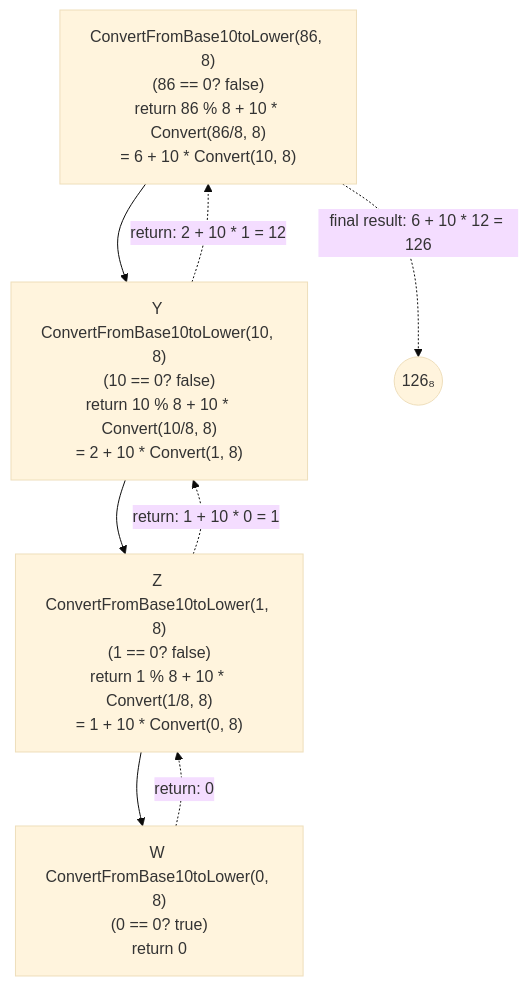
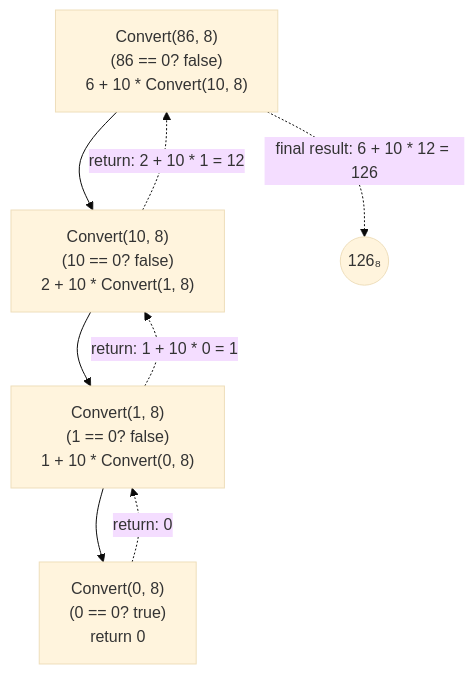
Before and after one commit to 3strategy/BeautifulMivney: the first of 3 diagrams in mivney/1recursionAndComplexity/Chapter1b.BaseConversions.md, drawn with Mermaid (base theme). The commit also changed other lines of this file and 1 other file, not shown here.

```diff
--- a/mivney/1recursionAndComplexity/Chapter1b.BaseConversions.md
+++ b/mivney/1recursionAndComplexity/Chapter1b.BaseConversions.md
@@ -44,25 +42,23 @@
 <div class="mermaid">
 flowchart TD
-X["ConvertFromBase10toLower(86, 8)
+X["Convert(86, 8)
 (86 == 0? false)
-return 86 % 8 + 10 * Convert(86/8, 8)
-= 6 + 10 * Convert(10, 8)"] --> Y["Y ConvertFromBase10toLower(10, 8)
+6 + 10 * Convert(10, 8)"] 
+
+--> Y["Convert(10, 8)
 (10 == 0? false)
-return 10 % 8 + 10 * Convert(10/8, 8)
-= 2 + 10 * Convert(1, 8)"]
+2 + 10 * Convert(1, 8)"]
 
-Y --> Z["Z ConvertFromBase10toLower(1, 8)
+--> Z["Convert(1, 8)
 (1 == 0? false)
-return 1 % 8 + 10 * Convert(1/8, 8)
-= 1 + 10 * Convert(0, 8)"]
+1 + 10 * Convert(0, 8)"]
 
-Z --> W["W ConvertFromBase10toLower(0, 8)
+--> W["Convert(0, 8)
 (0 == 0? true)
 return 0"]
 
 W -.->|return: 0| Z
 Z -.->|return: 1 + 10 * 0 = 1| Y
 Y -.->|return: 2 + 10 * 1 = 12| X
 X -.->|final result: 6 + 10 * 12 = 126| OUT(("126₈"))
-
 </div>
```
